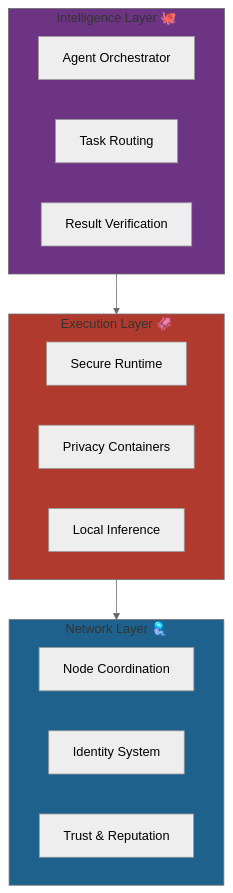
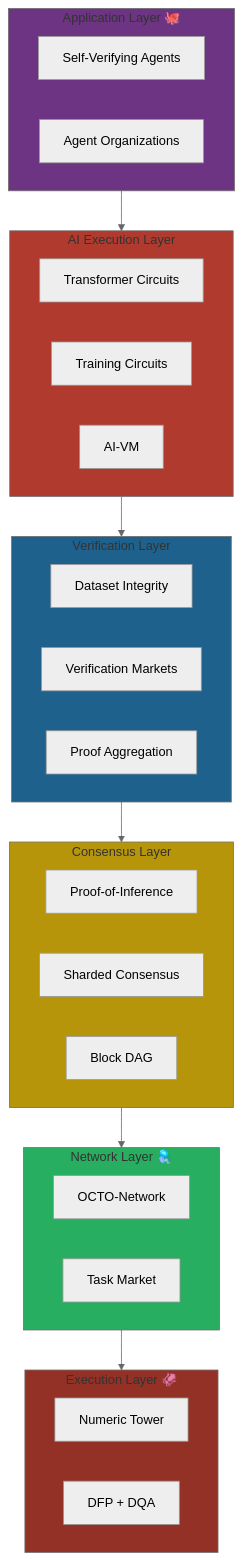
Before and after one commit to CipherOcto/cipherocto: the third of 11 diagrams in docs/01-foundation/litepaper.md, drawn with Mermaid (neutral theme). The commit also changed other lines of this file, not shown here.

First line of the commit message:
docs: update litepaper with new RFC stack and architecture

````diff
--- a/docs/01-foundation/litepaper.md
+++ b/docs/01-foundation/litepaper.md
@@ -248,26 +264,44 @@
 ```mermaid
 graph TB
-    subgraph INTELLIGENCE["Intelligence Layer 🐙"]
-        I1[Agent Orchestrator]
-        I2[Task Routing]
-        I3[Result Verification]
+    subgraph APP["Application Layer 🐙"]
+        A1[Self-Verifying Agents]
+        A2[Agent Organizations]
     end
 
-    subgraph EXECUTION["Execution Layer 🦑"]
-        E1[Secure Runtime]
-        E2[Privacy Containers]
-        E3[Local Inference]
+    subgraph AI["AI Execution Layer"]
+        AI1[Transformer Circuits]
+        AI2[Training Circuits]
+        AI3[AI-VM]
     end
 
-    subgraph NETWORK["Network Layer 🪼"]
-        N1[Node Coordination]
-        N2[Identity System]
-        N3[Trust & Reputation]
+    subgraph VERIFY["Verification Layer"]
+        V1[Dataset Integrity]
+        V2[Verification Markets]
+        V3[Proof Aggregation]
     end
 
-    INTELLIGENCE --> EXECUTION --> NETWORK
+    subgraph CONSENSUS["Consensus Layer"]
+        C1[Proof-of-Inference]
+        C2[Sharded Consensus]
+        C3[Block DAG]
+    end
 
-    style INTELLIGENCE fill:#6c3483
-    style EXECUTION fill:#b03a2e
-    style NETWORK fill:#1f618d
+    subgraph NET["Network Layer 🪼"]
+        N1[OCTO-Network]
+        N2[Task Market]
+    end
+
+    subgraph EXEC["Execution Layer 🦑"]
+        E1[Numeric Tower]
+        E2[DFP + DQA]
+    end
+
+    APP --> AI --> VERIFY --> CONSENSUS --> NET --> EXEC
+
+    style APP fill:#6c3483
+    style AI fill:#b03a2e
+    style VERIFY fill:#1f618d
+    style CONSENSUS fill:#b7950b
+    style NET fill:#27ae60
+    style EXEC fill:#943126
 ```
````
